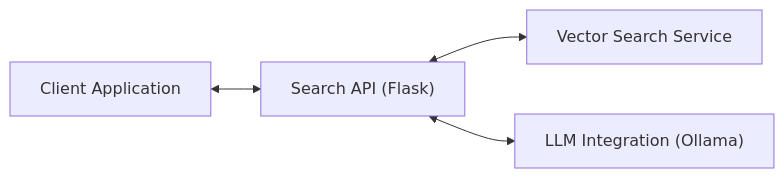
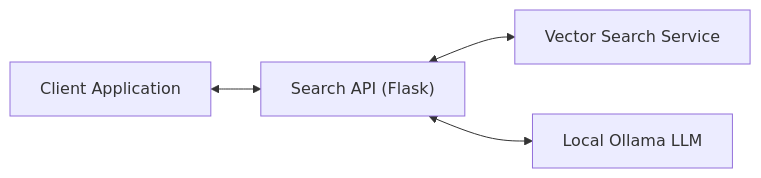
One commit to bcgov/EPIC.search changed the first of 2 diagrams in search-api/DOCUMENTATION.md. Above: the diagram before and after it, drawn with Mermaid. The commit also changed other lines of this file and 5 other files, not shown here.

````diff
--- a/search-api/DOCUMENTATION.md
+++ b/search-api/DOCUMENTATION.md
@@ -18,6 +22,6 @@
 ```mermaid
 flowchart LR
     Client["Client Application"] <--> SearchAPI["Search API (Flask)"]
     SearchAPI <--> VectorSearch["Vector Search Service"]
-    SearchAPI <--> LLM["LLM Integration (Ollama)"]
+    SearchAPI <--> Ollama["Local Ollama LLM"]
 ```
````
